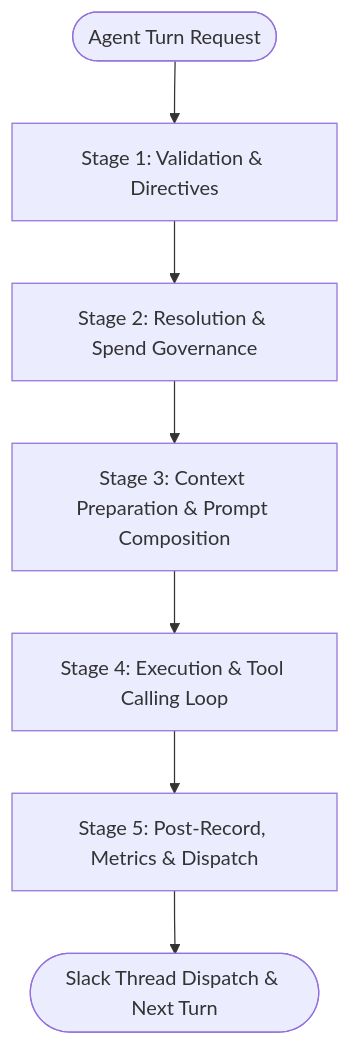
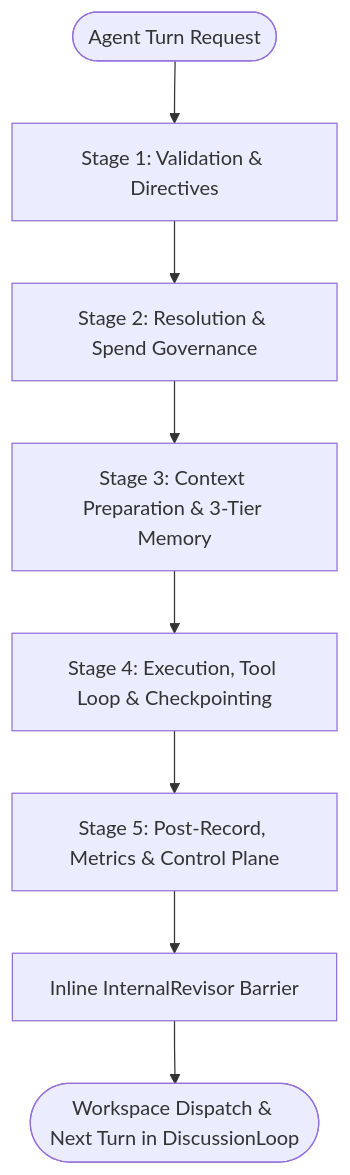
The diagram in docs/architecture/orchestration-pipeline.md (BranMik/Izvor), drawn with Mermaid before and after one commit. The commit also changed other lines of this file and 136 other files, not shown here.

````diff
--- a/docs/architecture/orchestration-pipeline.md
+++ b/docs/architecture/orchestration-pipeline.md
@@ -9,9 +9,10 @@
 ```mermaid
 graph TD
     Input([Agent Turn Request]) --> Stage1[Stage 1: Validation & Directives]
     Stage1 --> Stage2[Stage 2: Resolution & Spend Governance]
-    Stage2 --> Stage3[Stage 3: Context Preparation & Prompt Composition]
-    Stage3 --> Stage4[Stage 4: Execution & Tool Calling Loop]
-    Stage4 --> Stage5[Stage 5: Post-Record, Metrics & Dispatch]
-    Stage5 --> Output([Slack Thread Dispatch & Next Turn])
+    Stage2 --> Stage3[Stage 3: Context Preparation & 3-Tier Memory]
+    Stage3 --> Stage4[Stage 4: Execution, Tool Loop & Checkpointing]
+    Stage4 --> Stage5[Stage 5: Post-Record, Metrics & Control Plane]
+    Stage5 --> Revisor[Inline InternalRevisor Barrier]
+    Revisor --> Output([Workspace Dispatch & Next Turn in DiscussionLoop])
 ```
````
